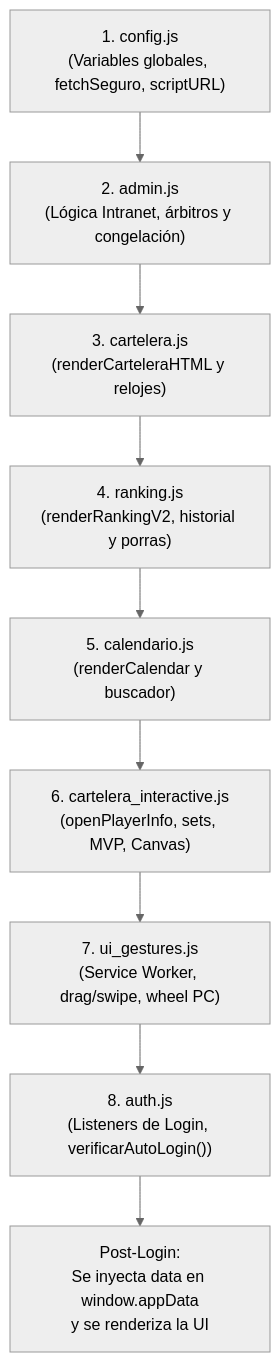
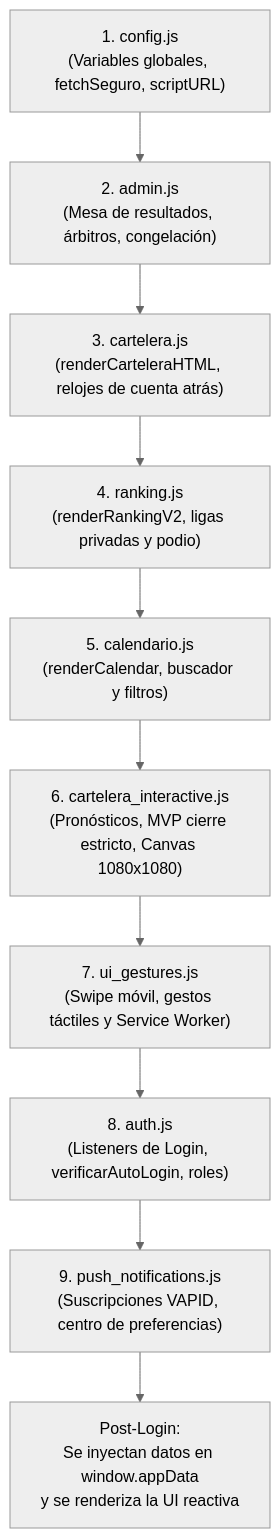
One commit to angeel003/VCV-Play-2627 changed the diagram in ARQUITECTURA_FRONTEND.md. Above: the diagram before and after it, drawn with Mermaid (neutral theme). The commit also changed other lines of this file and 22 other files, not shown here.

````diff
--- a/ARQUITECTURA_FRONTEND.md
+++ b/ARQUITECTURA_FRONTEND.md
@@ -41,11 +42,12 @@
 ```mermaid
 flowchart TD
-    A["1. config.js<br>(Variables globales, fetchSeguro, scriptURL)"] --> B["2. admin.js<br>(Lógica Intranet, árbitros y congelación)"]
-    B --> C["3. cartelera.js<br>(renderCarteleraHTML y relojes)"]
-    C --> D["4. ranking.js<br>(renderRankingV2, historial y porras)"]
-    D --> E["5. calendario.js<br>(renderCalendar y buscador)"]
-    E --> F["6. cartelera_interactive.js<br>(openPlayerInfo, sets, MVP, Canvas)"]
-    F --> G["7. ui_gestures.js<br>(Service Worker, drag/swipe, wheel PC)"]
-    G --> H["8. auth.js<br>(Listeners de Login, verificarAutoLogin())"]
-    H --> I["Post-Login:<br>Se inyecta data en window.appData<br>y se renderiza la UI"]
+    A["1. config.js<br>(Variables globales, fetchSeguro, scriptURL)"] --> B["2. admin.js<br>(Mesa de resultados, árbitros, congelación)"]
+    B --> C["3. cartelera.js<br>(renderCarteleraHTML, relojes de cuenta atrás)"]
+    C --> D["4. ranking.js<br>(renderRankingV2, ligas privadas y podio)"]
+    D --> E["5. calendario.js<br>(renderCalendar, buscador y filtros)"]
+    E --> F["6. cartelera_interactive.js<br>(Pronósticos, MVP cierre estricto, Canvas 1080x1080)"]
+    F --> G["7. ui_gestures.js<br>(Swipe móvil, gestos táctiles y Service Worker)"]
+    G --> H["8. auth.js<br>(Listeners de Login, verificarAutoLogin, roles)"]
+    H --> I["9. push_notifications.js<br>(Suscripciones VAPID, centro de preferencias)"]
+    I --> J["Post-Login:<br>Se inyectan datos en window.appData<br>y se renderiza la UI reactiva"]
 ```
````
